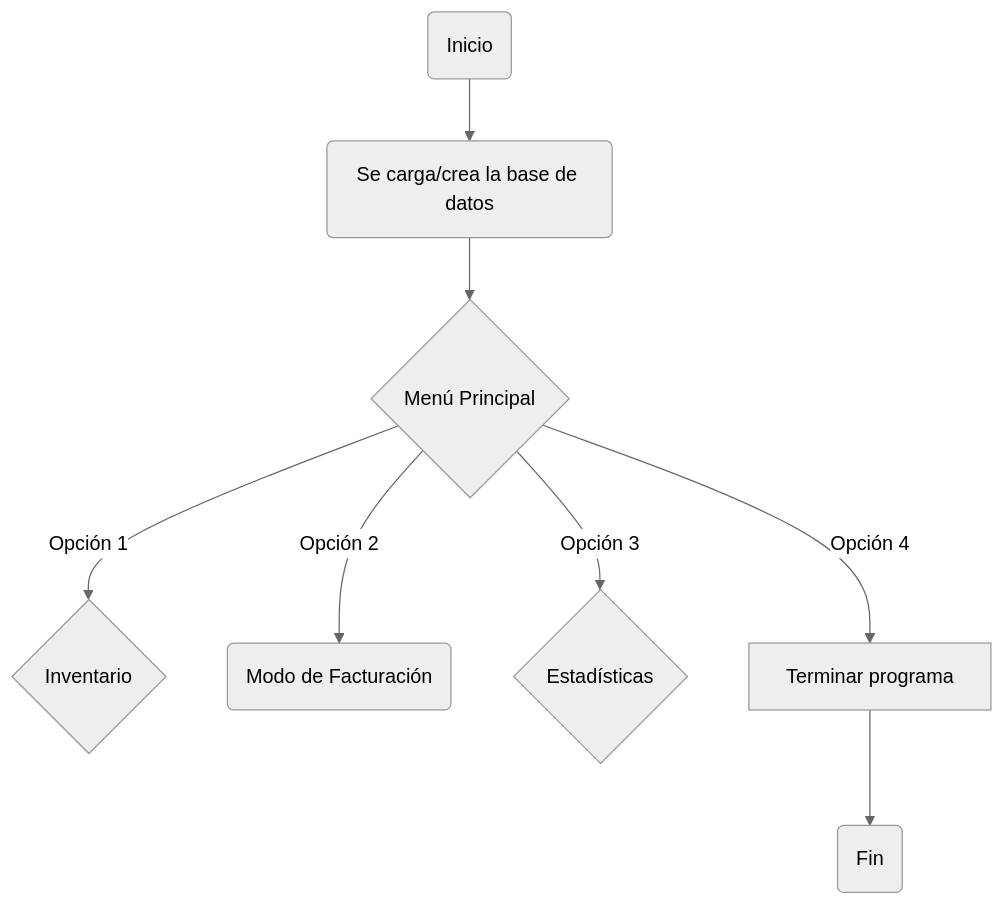
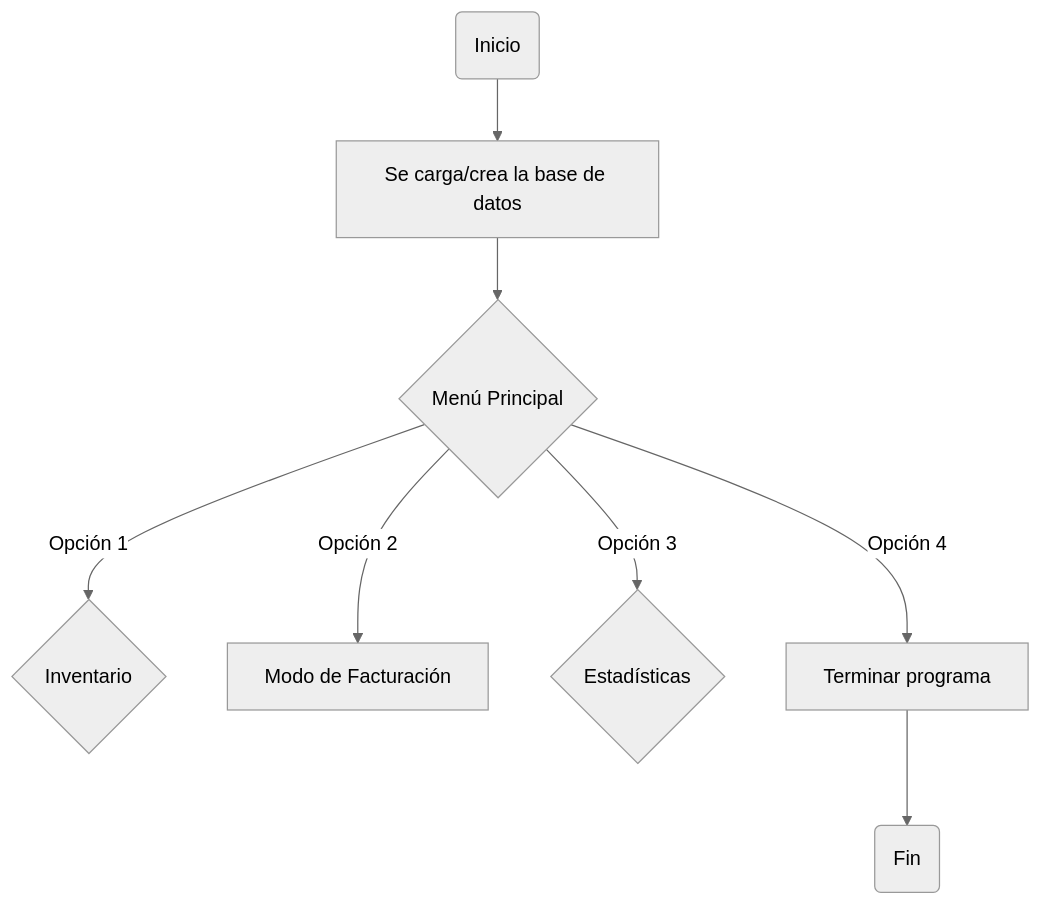
The second of 6 diagrams in README.md (NotName-K/Project), drawn with Mermaid (neutral theme) before and after one commit. The commit also changed other lines of this file, not shown here.

````diff
--- a/README.md
+++ b/README.md
@@ -47,11 +47,11 @@
 ```mermaid
  graph TD;
  A(Inicio);
- A -->F1(Se carga/crea la base de datos);
+ A -->F1[Se carga/crea la base de datos];
     F1 -->B{Menú Principal};
        B -->|Opción 1|C{Inventario};
-       B -->|Opción 2|R(Modo de Facturación);
+       B -->|Opción 2|R[Modo de Facturación];
        B -->|Opción 3|S{Estadísticas};
        B -->|Opción 4|C1[Terminar programa];
        C1 -->D1(Fin);
 ```
````
